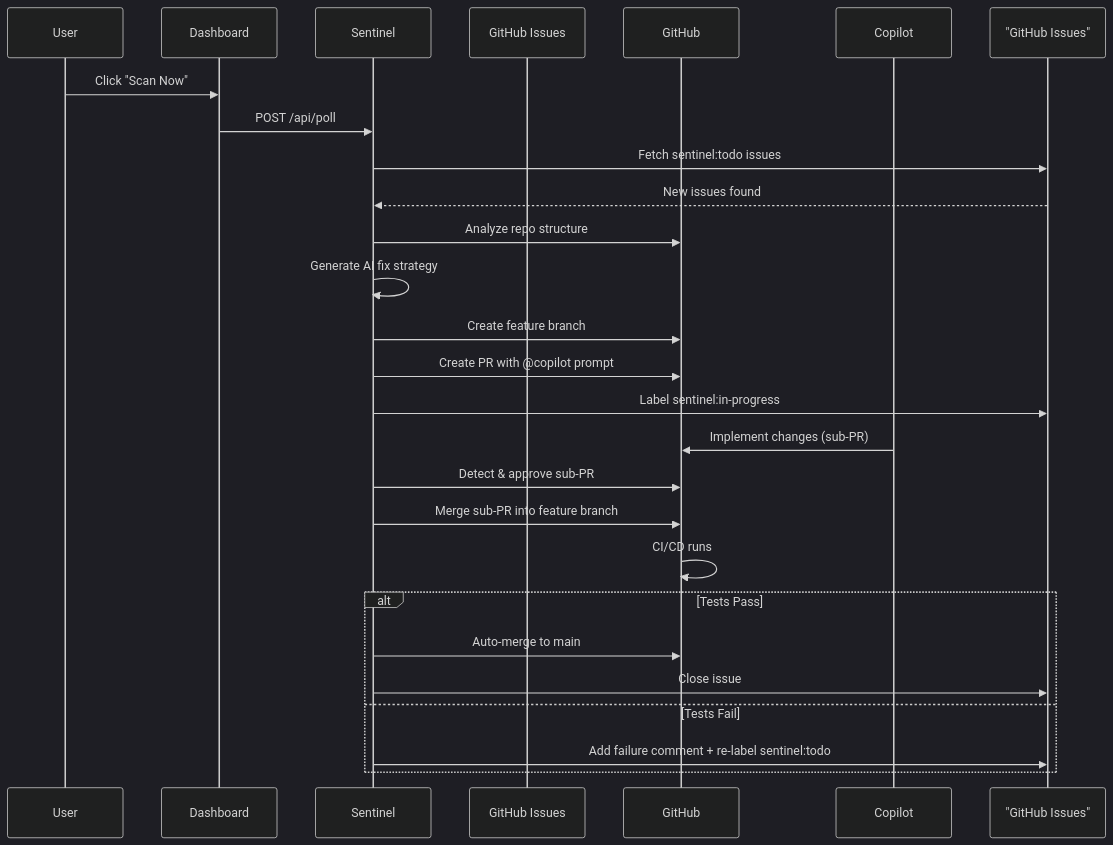
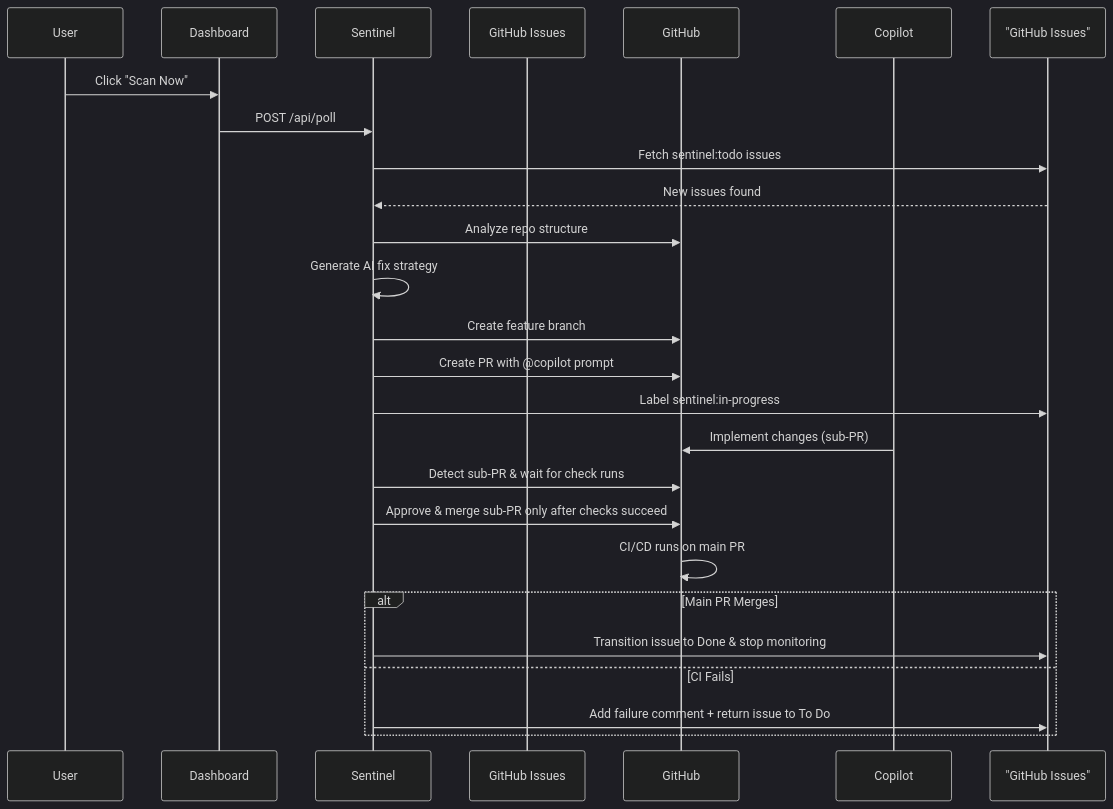
One commit to Unigalactix/SENTINEL changed the third of 3 diagrams in README.md. Above: the diagram before and after it, drawn with Mermaid (dark theme). The commit also changed other lines of this file and 27 other files, not shown here.

Commit message:
v3.1.0: Security remediation — auth guards, token isolation, merge gating, Done lifecycle, CI

````diff
--- a/README.md
+++ b/README.md
@@ -185,32 +222,31 @@
 ```mermaid
 sequenceDiagram
     participant User
     participant Dashboard
     participant Sentinel
     participant GitHub Issues
     participant GitHub
     participant Copilot
 
     User->>Dashboard: Click "Scan Now"
     Dashboard->>Sentinel: POST /api/poll
     Sentinel->>"GitHub Issues": Fetch sentinel:todo issues
     "GitHub Issues"-->>Sentinel: New issues found
     
     Sentinel->>GitHub: Analyze repo structure
     Sentinel->>Sentinel: Generate AI fix strategy
     Sentinel->>GitHub: Create feature branch
     Sentinel->>GitHub: Create PR with @copilot prompt
     Sentinel->>"GitHub Issues": Label sentinel:in-progress
     
     Copilot->>GitHub: Implement changes (sub-PR)
-    Sentinel->>GitHub: Detect & approve sub-PR
-    Sentinel->>GitHub: Merge sub-PR into feature branch
+    Sentinel->>GitHub: Detect sub-PR & wait for check runs
+    Sentinel->>GitHub: Approve & merge sub-PR only after checks succeed
     
-    GitHub->>GitHub: CI/CD runs
-    alt Tests Pass
-        Sentinel->>GitHub: Auto-merge to main
-        Sentinel->>"GitHub Issues": Close issue
-    else Tests Fail
-        Sentinel->>"GitHub Issues": Add failure comment + re-label sentinel:todo
+    GitHub->>GitHub: CI/CD runs on main PR
+    alt Main PR Merges
+        Sentinel->>"GitHub Issues": Transition issue to Done & stop monitoring
+    else CI Fails
+        Sentinel->>"GitHub Issues": Add failure comment + return issue to To Do
     end
 ```
````
